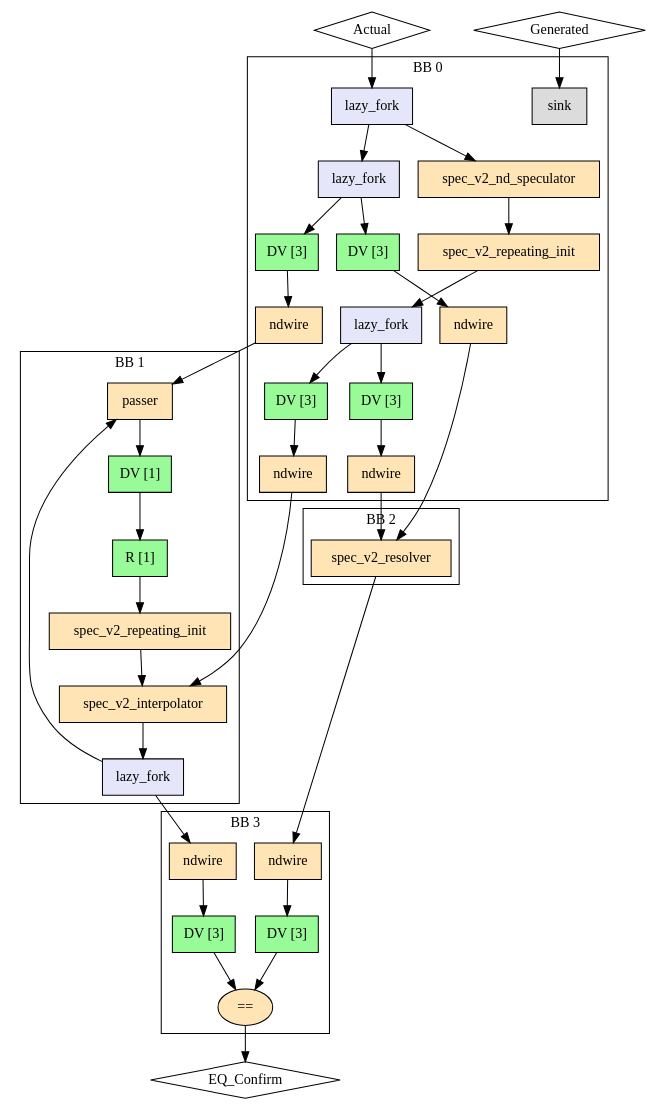
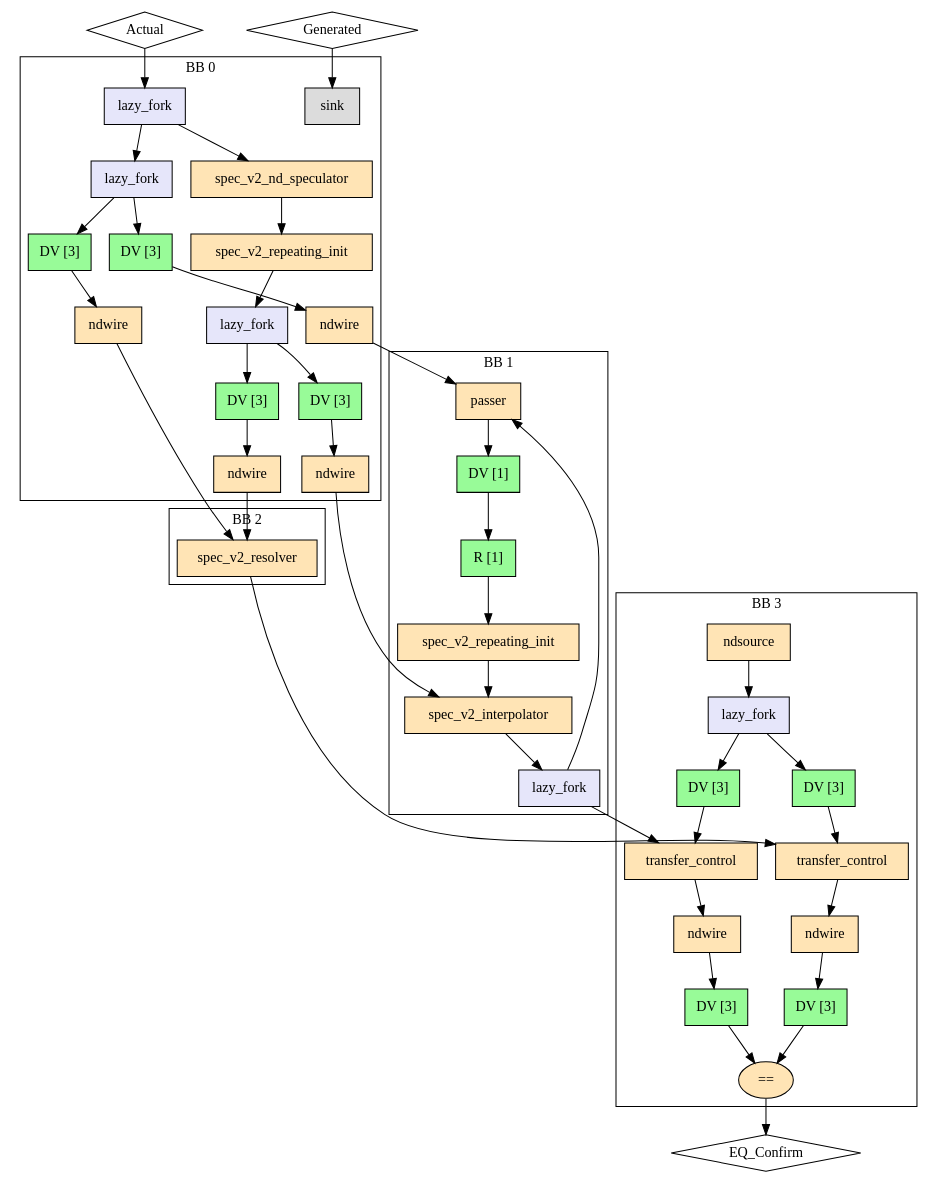
Before and after one commit to EPFL-LAP/dynamatic: the diagram in experimental/tools/elastic-miter/out/resolver/miter/model.dot, drawn with Graphviz. The commit also changed 109 other files, not shown here.

```diff
--- a/experimental/tools/elastic-miter/out/resolver/miter/model.dot
+++ b/experimental/tools/elastic-miter/out/resolver/miter/model.dot
@@ -1,76 +1,89 @@
 Digraph G {
   splines=spline
   compound=true
   "Actual" ["style"="solid", "shape"="diamond", "label"="Actual", "mlir_op"="handshake.func"]
   "Generated" ["style"="solid", "shape"="diamond", "label"="Generated", "mlir_op"="handshake.func"]
   "EQ_Confirm" ["style"="solid", "shape"="diamond", "label"="EQ_Confirm", "mlir_op"="handshake.func"]
   "Actual" -> "in_nd_fork" ["dir"="both", "style"="solid", "arrowhead"="normal", "from_idx"="0", "to"="ins", "arrowtail"="none", "from"="Actual", "to_idx"="0"]
   "Generated" -> "in_sink" ["dir"="both", "style"="solid", "arrowhead"="normal", "from_idx"="1", "to"="ins", "arrowtail"="none", "from"="Generated", "to_idx"="0"]
   "lhs_in_ndw_Actual" -> "lhs_passer" ["dir"="both", "style"="solid", "arrowhead"="normal", "from_idx"="0", "to"="data", "arrowtail"="none", "from"="outs", "to_idx"="0"]
   "rhs_in_ndw_Actual" -> "rhs_resolver" ["dir"="both", "style"="solid", "arrowhead"="normal", "from_idx"="0", "to"="actualCondition", "arrowtail"="none", "from"="outs", "to_idx"="0"]
   "lhs_in_ndw_Generated" -> "lhs_interpolator" ["dir"="both", "style"="solid", "arrowhead"="normal", "from_idx"="0", "to"="long", "arrowtail"="none", "from"="outs", "to_idx"="1"]
   "rhs_in_ndw_Generated" -> "rhs_resolver" ["dir"="both", "style"="solid", "arrowhead"="normal", "from_idx"="0", "to"="generatedCondition", "arrowtail"="none", "from"="outs", "to_idx"="1"]
-  "lhs_fork" -> "lhs_out_ndw_Confirm" ["dir"="both", "style"="solid", "arrowhead"="normal", "from_idx"="1", "to"="ins", "arrowtail"="none", "from"="outs_1", "to_idx"="0"]
-  "rhs_resolver" -> "rhs_out_ndw_Confirm" ["dir"="both", "style"="solid", "arrowhead"="normal", "from_idx"="0", "to"="ins", "arrowtail"="none", "from"="confirmSpec", "to_idx"="0"]
+  "lhs_fork" -> "out_lhs_tc_Confirm" ["dir"="both", "style"="solid", "arrowhead"="normal", "from_idx"="1", "to"="ins", "arrowtail"="none", "from"="outs_1", "to_idx"="0"]
+  "rhs_resolver" -> "out_rhs_tc_Confirm" ["dir"="both", "style"="solid", "arrowhead"="normal", "from_idx"="0", "to"="ins", "arrowtail"="none", "from"="confirmSpec", "to_idx"="0"]
   "out_eq_Confirm" -> "EQ_Confirm" ["dir"="both", "style"="solid", "arrowhead"="normal", "from_idx"="0", "to"="EQ_Confirm", "arrowtail"="none", "from"="result", "to_idx"="0"]
   subgraph cluster0 {
     graph ["label"="BB 0"]
     "in_fork_Actual" ["style"="filled", "fillcolor"="lavender", "shape"="box", "label"="lazy_fork", "mlir_op"="handshake.lazy_fork"]
     "lhs_in_buf_Actual" ["style"="filled", "fillcolor"="palegreen", "shape"="box", "label"="DV [3]", "mlir_op"="handshake.buffer"]
     "rhs_in_buf_Actual" ["style"="filled", "fillcolor"="palegreen", "shape"="box", "label"="DV [3]", "mlir_op"="handshake.buffer"]
     "lhs_in_ndw_Actual" ["style"="filled", "fillcolor"="moccasin", "shape"="box", "label"="ndwire", "mlir_op"="handshake.ndwire"]
     "rhs_in_ndw_Actual" ["style"="filled", "fillcolor"="moccasin", "shape"="box", "label"="ndwire", "mlir_op"="handshake.ndwire"]
     "in_nd_fork" ["style"="filled", "fillcolor"="lavender", "shape"="box", "label"="lazy_fork", "mlir_op"="handshake.lazy_fork"]
     "in_nd_speculator" ["style"="filled", "fillcolor"="moccasin", "shape"="box", "label"="spec_v2_nd_speculator", "mlir_op"="handshake.spec_v2_nd_speculator"]
     "in_ri" ["style"="filled", "fillcolor"="moccasin", "shape"="box", "label"="spec_v2_repeating_init", "mlir_op"="handshake.spec_v2_repeating_init"]
     "in_sink" ["style"="filled", "fillcolor"="gainsboro", "shape"="box", "label"="sink", "mlir_op"="handshake.sink"]
     "in_fork_Generated" ["style"="filled", "fillcolor"="lavender", "shape"="box", "label"="lazy_fork", "mlir_op"="handshake.lazy_fork"]
     "lhs_in_buf_Generated" ["style"="filled", "fillcolor"="palegreen", "shape"="box", "label"="DV [3]", "mlir_op"="handshake.buffer"]
     "rhs_in_buf_Generated" ["style"="filled", "fillcolor"="palegreen", "shape"="box", "label"="DV [3]", "mlir_op"="handshake.buffer"]
     "lhs_in_ndw_Generated" ["style"="filled", "fillcolor"="moccasin", "shape"="box", "label"="ndwire", "mlir_op"="handshake.ndwire"]
     "rhs_in_ndw_Generated" ["style"="filled", "fillcolor"="moccasin", "shape"="box", "label"="ndwire", "mlir_op"="handshake.ndwire"]
     "in_fork_Actual" -> "lhs_in_buf_Actual" ["dir"="both", "style"="solid", "arrowhead"="normal", "from_idx"="0", "to"="ins", "arrowtail"="none", "from"="outs_0", "to_idx"="0"]
     "in_fork_Actual" -> "rhs_in_buf_Actual" ["dir"="both", "style"="solid", "arrowhead"="normal", "from_idx"="1", "to"="ins", "arrowtail"="none", "from"="outs_1", "to_idx"="0"]
     "lhs_in_buf_Actual" -> "lhs_in_ndw_Actual" ["dir"="both", "style"="solid", "arrowhead"="normal", "from_idx"="0", "to"="ins", "arrowtail"="none", "from"="outs", "to_idx"="0"]
     "rhs_in_buf_Actual" -> "rhs_in_ndw_Actual" ["dir"="both", "style"="solid", "arrowhead"="normal", "from_idx"="0", "to"="ins", "arrowtail"="none", "from"="outs", "to_idx"="0"]
     "in_nd_fork" -> "in_fork_Actual" ["dir"="both", "style"="solid", "arrowhead"="normal", "from_idx"="0", "to"="ins", "arrowtail"="none", "from"="outs_0", "to_idx"="0"]
     "in_nd_fork" -> "in_nd_speculator" ["dir"="both", "style"="solid", "arrowhead"="normal", "from_idx"="1", "to"="ins", "arrowtail"="none", "from"="outs_1", "to_idx"="0"]
     "in_nd_speculator" -> "in_ri" ["dir"="both", "style"="solid", "arrowhead"="normal", "from_idx"="0", "to"="ins", "arrowtail"="none", "from"="outs", "to_idx"="0"]
     "in_ri" -> "in_fork_Generated" ["dir"="both", "style"="solid", "arrowhead"="normal", "from_idx"="0", "to"="ins", "arrowtail"="none", "from"="outs", "to_idx"="0"]
     "in_fork_Generated" -> "lhs_in_buf_Generated" ["dir"="both", "style"="solid", "arrowhead"="normal", "from_idx"="0", "to"="ins", "arrowtail"="none", "from"="outs_0", "to_idx"="0"]
     "in_fork_Generated" -> "rhs_in_buf_Generated" ["dir"="both", "style"="solid", "arrowhead"="normal", "from_idx"="1", "to"="ins", "arrowtail"="none", "from"="outs_1", "to_idx"="0"]
     "lhs_in_buf_Generated" -> "lhs_in_ndw_Generated" ["dir"="both", "style"="solid", "arrowhead"="normal", "from_idx"="0", "to"="ins", "arrowtail"="none", "from"="outs", "to_idx"="0"]
     "rhs_in_buf_Generated" -> "rhs_in_ndw_Generated" ["dir"="both", "style"="solid", "arrowhead"="normal", "from_idx"="0", "to"="ins", "arrowtail"="none", "from"="outs", "to_idx"="0"]
   }
   subgraph cluster1 {
     graph ["label"="BB 1"]
     "lhs_passer" ["style"="filled", "fillcolor"="moccasin", "shape"="box", "label"="passer", "mlir_op"="handshake.passer"]
     "lhs_buf1" ["style"="filled", "fillcolor"="palegreen", "shape"="box", "label"="DV [1]", "mlir_op"="handshake.buffer"]
     "lhs_buf2" ["style"="filled", "fillcolor"="palegreen", "shape"="box", "label"="R [1]", "mlir_op"="handshake.buffer"]
     "lhs_ri" ["style"="filled", "fillcolor"="moccasin", "shape"="box", "label"="spec_v2_repeating_init", "mlir_op"="handshake.spec_v2_repeating_init"]
     "lhs_interpolator" ["style"="filled", "fillcolor"="moccasin", "shape"="box", "label"="spec_v2_interpolator", "mlir_op"="handshake.spec_v2_interpolator"]
     "lhs_fork" ["style"="filled", "fillcolor"="lavender", "shape"="box", "label"="lazy_fork", "mlir_op"="handshake.lazy_fork"]
     "lhs_passer" -> "lhs_buf1" ["dir"="both", "style"="solid", "arrowhead"="normal", "from_idx"="0", "to"="ins", "arrowtail"="none", "from"="result", "to_idx"="0"]
     "lhs_buf1" -> "lhs_buf2" ["dir"="both", "style"="solid", "arrowhead"="normal", "from_idx"="0", "to"="ins", "arrowtail"="none", "from"="outs", "to_idx"="0"]
     "lhs_buf2" -> "lhs_ri" ["dir"="both", "style"="solid", "arrowhead"="normal", "from_idx"="0", "to"="ins", "arrowtail"="none", "from"="outs", "to_idx"="0"]
     "lhs_ri" -> "lhs_interpolator" ["dir"="both", "style"="solid", "arrowhead"="normal", "from_idx"="0", "to"="short", "arrowtail"="none", "from"="outs", "to_idx"="0"]
     "lhs_interpolator" -> "lhs_fork" ["dir"="both", "style"="solid", "arrowhead"="normal", "from_idx"="0", "to"="ins", "arrowtail"="none", "from"="result", "to_idx"="0"]
     "lhs_fork" -> "lhs_passer" ["dir"="both", "style"="solid", "arrowhead"="normal", "from_idx"="0", "to"="ctrl", "arrowtail"="none", "from"="outs_0", "to_idx"="1"]
   }
   subgraph cluster2 {
     graph ["label"="BB 2"]
     "rhs_resolver" ["style"="filled", "fillcolor"="moccasin", "shape"="box", "label"="spec_v2_resolver", "mlir_op"="handshake.spec_v2_resolver"]
   }
   subgraph cluster3 {
     graph ["label"="BB 3"]
+    "out_nds_Confirm" ["style"="filled", "fillcolor"="moccasin", "shape"="box", "label"="ndsource", "mlir_op"="handshake.ndsource"]
+    "out_lf_Confirm" ["style"="filled", "fillcolor"="lavender", "shape"="box", "label"="lazy_fork", "mlir_op"="handshake.lazy_fork"]
+    "out_buf_lhs_nds_Confirm" ["style"="filled", "fillcolor"="palegreen", "shape"="box", "label"="DV [3]", "mlir_op"="handshake.buffer"]
+    "out_buf_rhs_nds_Confirm" ["style"="filled", "fillcolor"="palegreen", "shape"="box", "label"="DV [3]", "mlir_op"="handshake.buffer"]
+    "out_lhs_tc_Confirm" ["style"="filled", "fillcolor"="moccasin", "shape"="box", "label"="transfer_control", "mlir_op"="handshake.transfer_control"]
+    "out_rhs_tc_Confirm" ["style"="filled", "fillcolor"="moccasin", "shape"="box", "label"="transfer_control", "mlir_op"="handshake.transfer_control"]
     "lhs_out_ndw_Confirm" ["style"="filled", "fillcolor"="moccasin", "shape"="box", "label"="ndwire", "mlir_op"="handshake.ndwire"]
     "rhs_out_ndw_Confirm" ["style"="filled", "fillcolor"="moccasin", "shape"="box", "label"="ndwire", "mlir_op"="handshake.ndwire"]
     "lhs_out_buf_Confirm" ["style"="filled", "fillcolor"="palegreen", "shape"="box", "label"="DV [3]", "mlir_op"="handshake.buffer"]
     "rhs_out_buf_Confirm" ["style"="filled", "fillcolor"="palegreen", "shape"="box", "label"="DV [3]", "mlir_op"="handshake.buffer"]
     "out_eq_Confirm" ["style"="filled", "fillcolor"="moccasin", "shape"="oval", "label"="==", "mlir_op"="handshake.cmpi=="]
+    "out_nds_Confirm" -> "out_lf_Confirm" ["dir"="both", "style"="solid", "arrowhead"="normal", "from_idx"="0", "to"="ins", "arrowtail"="none", "from"="result", "to_idx"="0"]
+    "out_lf_Confirm" -> "out_buf_lhs_nds_Confirm" ["dir"="both", "style"="solid", "arrowhead"="normal", "from_idx"="0", "to"="ins", "arrowtail"="none", "from"="outs_0", "to_idx"="0"]
+    "out_lf_Confirm" -> "out_buf_rhs_nds_Confirm" ["dir"="both", "style"="solid", "arrowhead"="normal", "from_idx"="1", "to"="ins", "arrowtail"="none", "from"="outs_1", "to_idx"="0"]
+    "out_buf_lhs_nds_Confirm" -> "out_lhs_tc_Confirm" ["dir"="both", "style"="solid", "arrowhead"="normal", "from_idx"="0", "to"="ctrl", "arrowtail"="none", "from"="outs", "to_idx"="1"]
+    "out_buf_rhs_nds_Confirm" -> "out_rhs_tc_Confirm" ["dir"="both", "style"="solid", "arrowhead"="normal", "from_idx"="0", "to"="ctrl", "arrowtail"="none", "from"="outs", "to_idx"="1"]
+    "out_lhs_tc_Confirm" -> "lhs_out_ndw_Confirm" ["dir"="both", "style"="solid", "arrowhead"="normal", "from_idx"="0", "to"="ins", "arrowtail"="none", "from"="outs", "to_idx"="0"]
+    "out_rhs_tc_Confirm" -> "rhs_out_ndw_Confirm" ["dir"="both", "style"="solid", "arrowhead"="normal", "from_idx"="0", "to"="ins", "arrowtail"="none", "from"="outs", "to_idx"="0"]
     "lhs_out_ndw_Confirm" -> "lhs_out_buf_Confirm" ["dir"="both", "style"="solid", "arrowhead"="normal", "from_idx"="0", "to"="ins", "arrowtail"="none", "from"="outs", "to_idx"="0"]
     "rhs_out_ndw_Confirm" -> "rhs_out_buf_Confirm" ["dir"="both", "style"="solid", "arrowhead"="normal", "from_idx"="0", "to"="ins", "arrowtail"="none", "from"="outs", "to_idx"="0"]
     "lhs_out_buf_Confirm" -> "out_eq_Confirm" ["dir"="both", "style"="solid", "arrowhead"="normal", "from_idx"="0", "to"="lhs", "arrowtail"="none", "from"="outs", "to_idx"="0"]
     "rhs_out_buf_Confirm" -> "out_eq_Confirm" ["dir"="both", "style"="solid", "arrowhead"="normal", "from_idx"="0", "to"="rhs", "arrowtail"="none", "from"="outs", "to_idx"="1"]
   }
 }
```
